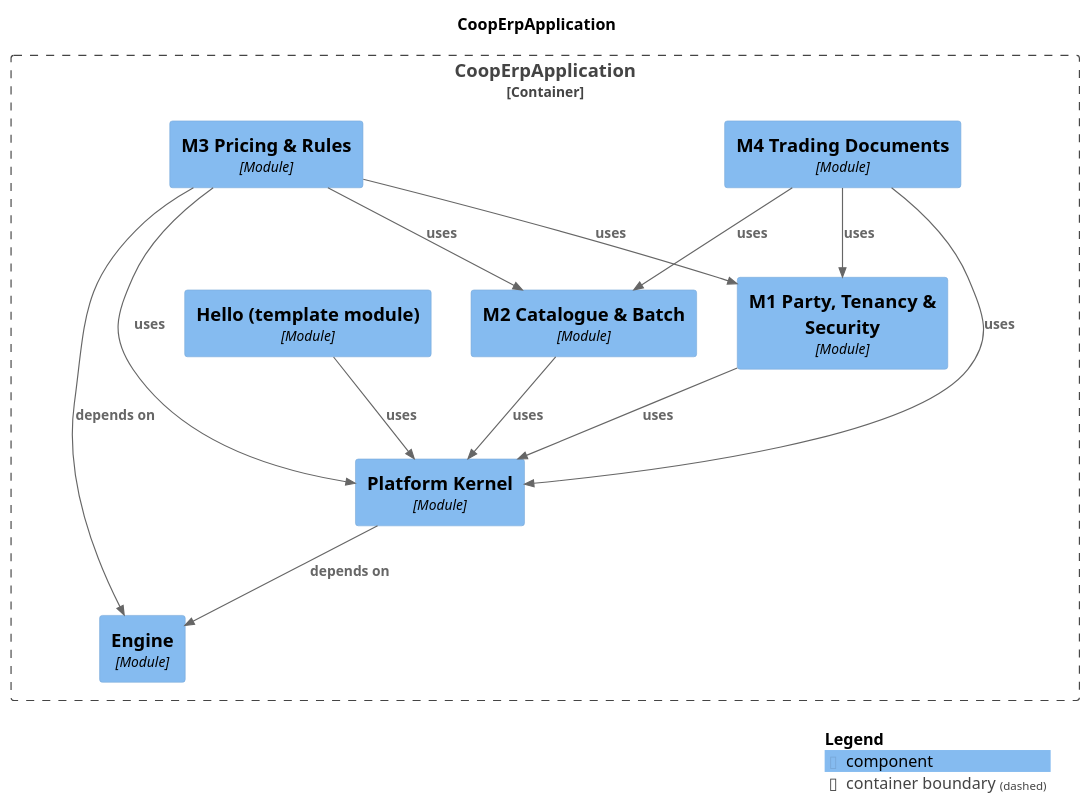
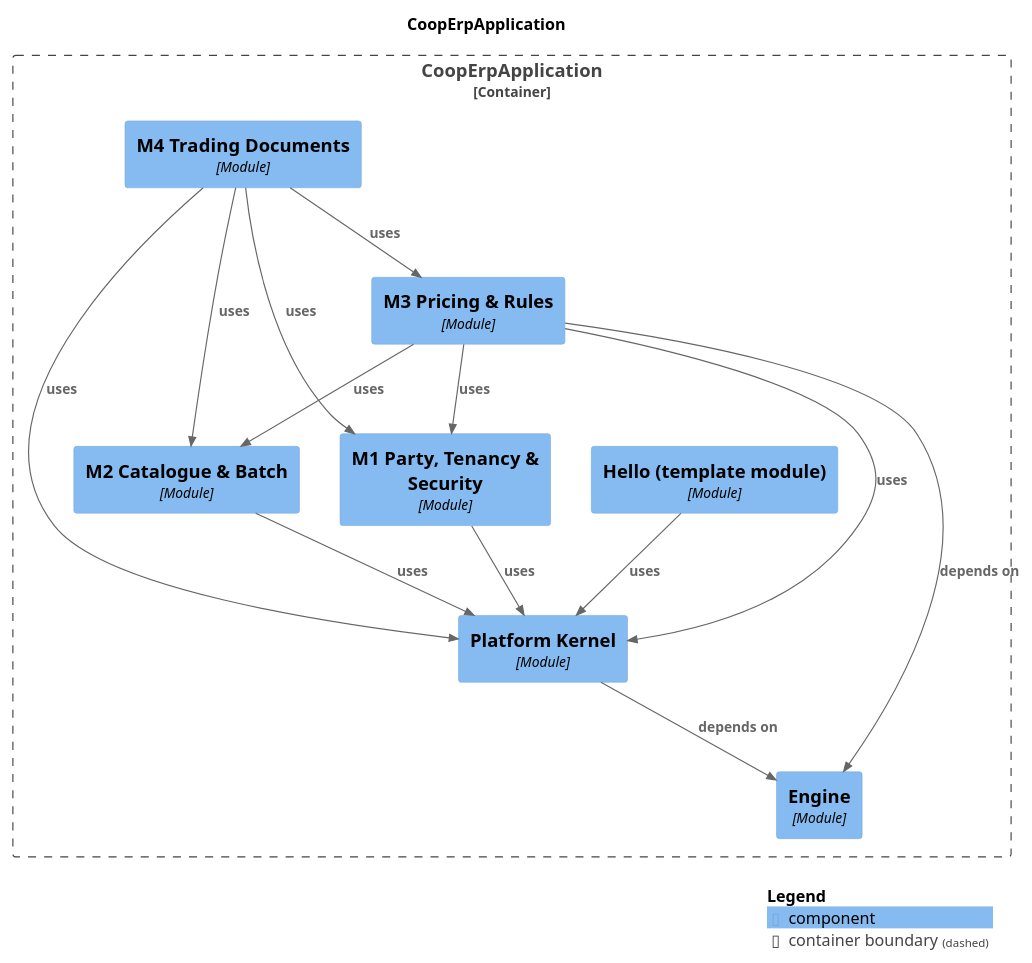
One commit to Knoweb/COOP_ERP changed the diagram in docs/modules/components.puml. Above: the diagram before and after it, drawn with PlantUML. The commit also changed 22 other files, not shown here.

```diff
--- a/docs/modules/components.puml
+++ b/docs/modules/components.puml
@@ -1,34 +1,35 @@
 @startuml
 set separator none
 title CoopErpApplication
 
 top to bottom direction
 
 !include <C4/C4>
 !include <C4/C4_Context>
 !include <C4/C4_Component>
 
 Container_Boundary("CoopErpApplication.CoopErpApplication_boundary", "CoopErpApplication", $tags="") {
   Component(CoopErpApplication.CoopErpApplication.M4TradingDocuments, "M4 Trading Documents", $techn="Module", $descr="", $tags="", $link="")
   Component(CoopErpApplication.CoopErpApplication.Engine, "Engine", $techn="Module", $descr="", $tags="", $link="")
   Component(CoopErpApplication.CoopErpApplication.PlatformKernel, "Platform Kernel", $techn="Module", $descr="", $tags="", $link="")
   Component(CoopErpApplication.CoopErpApplication.Hellotemplatemodule, "Hello (template module)", $techn="Module", $descr="", $tags="", $link="")
   Component(CoopErpApplication.CoopErpApplication.M1PartyTenancySecurity, "M1 Party, Tenancy & Security", $techn="Module", $descr="", $tags="", $link="")
   Component(CoopErpApplication.CoopErpApplication.M2CatalogueBatch, "M2 Catalogue & Batch", $techn="Module", $descr="", $tags="", $link="")
   Component(CoopErpApplication.CoopErpApplication.M3PricingRules, "M3 Pricing & Rules", $techn="Module", $descr="", $tags="", $link="")
 }
 
+Rel(CoopErpApplication.CoopErpApplication.M3PricingRules, CoopErpApplication.CoopErpApplication.Engine, "depends on", $techn="", $tags="", $link="")
+Rel(CoopErpApplication.CoopErpApplication.M3PricingRules, CoopErpApplication.CoopErpApplication.M2CatalogueBatch, "uses", $techn="", $tags="", $link="")
+Rel(CoopErpApplication.CoopErpApplication.M3PricingRules, CoopErpApplication.CoopErpApplication.PlatformKernel, "uses", $techn="", $tags="", $link="")
+Rel(CoopErpApplication.CoopErpApplication.M3PricingRules, CoopErpApplication.CoopErpApplication.M1PartyTenancySecurity, "uses", $techn="", $tags="", $link="")
+Rel(CoopErpApplication.CoopErpApplication.M2CatalogueBatch, CoopErpApplication.CoopErpApplication.PlatformKernel, "uses", $techn="", $tags="", $link="")
+Rel(CoopErpApplication.CoopErpApplication.PlatformKernel, CoopErpApplication.CoopErpApplication.Engine, "depends on", $techn="", $tags="", $link="")
 Rel(CoopErpApplication.CoopErpApplication.Hellotemplatemodule, CoopErpApplication.CoopErpApplication.PlatformKernel, "uses", $techn="", $tags="", $link="")
 Rel(CoopErpApplication.CoopErpApplication.M1PartyTenancySecurity, CoopErpApplication.CoopErpApplication.PlatformKernel, "uses", $techn="", $tags="", $link="")
-Rel(CoopErpApplication.CoopErpApplication.M2CatalogueBatch, CoopErpApplication.CoopErpApplication.PlatformKernel, "uses", $techn="", $tags="", $link="")
-Rel(CoopErpApplication.CoopErpApplication.M3PricingRules, CoopErpApplication.CoopErpApplication.Engine, "depends on", $techn="", $tags="", $link="")
-Rel(CoopErpApplication.CoopErpApplication.M3PricingRules, CoopErpApplication.CoopErpApplication.M1PartyTenancySecurity, "uses", $techn="", $tags="", $link="")
-Rel(CoopErpApplication.CoopErpApplication.M3PricingRules, CoopErpApplication.CoopErpApplication.M2CatalogueBatch, "uses", $techn="", $tags="", $link="")
-Rel(CoopErpApplication.CoopErpApplication.M3PricingRules, CoopErpApplication.CoopErpApplication.PlatformKernel, "uses", $techn="", $tags="", $link="")
+Rel(CoopErpApplication.CoopErpApplication.M4TradingDocuments, CoopErpApplication.CoopErpApplication.PlatformKernel, "uses", $techn="", $tags="", $link="")
 Rel(CoopErpApplication.CoopErpApplication.M4TradingDocuments, CoopErpApplication.CoopErpApplication.M1PartyTenancySecurity, "uses", $techn="", $tags="", $link="")
+Rel(CoopErpApplication.CoopErpApplication.M4TradingDocuments, CoopErpApplication.CoopErpApplication.M3PricingRules, "uses", $techn="", $tags="", $link="")
 Rel(CoopErpApplication.CoopErpApplication.M4TradingDocuments, CoopErpApplication.CoopErpApplication.M2CatalogueBatch, "uses", $techn="", $tags="", $link="")
-Rel(CoopErpApplication.CoopErpApplication.M4TradingDocuments, CoopErpApplication.CoopErpApplication.PlatformKernel, "uses", $techn="", $tags="", $link="")
-Rel(CoopErpApplication.CoopErpApplication.PlatformKernel, CoopErpApplication.CoopErpApplication.Engine, "depends on", $techn="", $tags="", $link="")
 
 SHOW_LEGEND(true)
 @enduml
```
